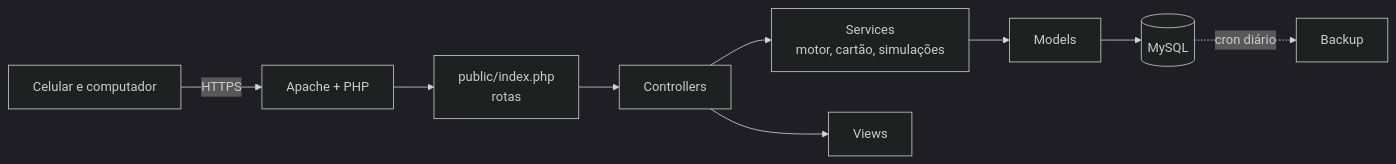
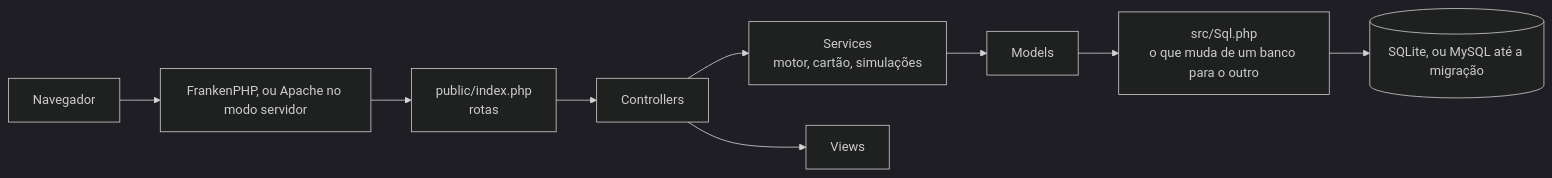
One commit to HunterBDZ/Financeiro changed the diagram in docs/POR-DENTRO.md. Above: the diagram before and after it, drawn with Mermaid (dark theme). The commit also changed other lines of this file and 3 other files, not shown here.

````diff
--- a/docs/POR-DENTRO.md
+++ b/docs/POR-DENTRO.md
@@ -7,11 +7,11 @@
 ```mermaid
 flowchart LR
-    C["Celular e computador"] -->|"HTTPS"| A["Apache + PHP"]
+    C["Navegador"] --> A["FrankenPHP, ou Apache no modo servidor"]
     A --> R["public/index.php<br>rotas"]
     R --> CT["Controllers"]
     CT --> S["Services<br>motor, cartão, simulações"]
     CT --> V["Views"]
     S --> M["Models"]
-    M --> DB[("MySQL")]
-    DB -.->|"cron diário"| BK["Backup"]
+    M --> SQL["src/Sql.php<br>o que muda de um banco para o outro"]
+    SQL --> DB[("SQLite, ou MySQL até a migração")]
 ```
````
